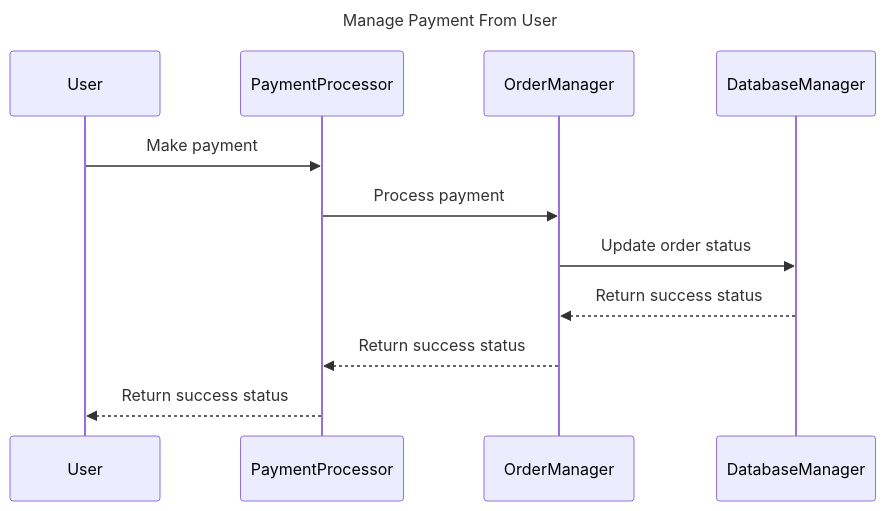
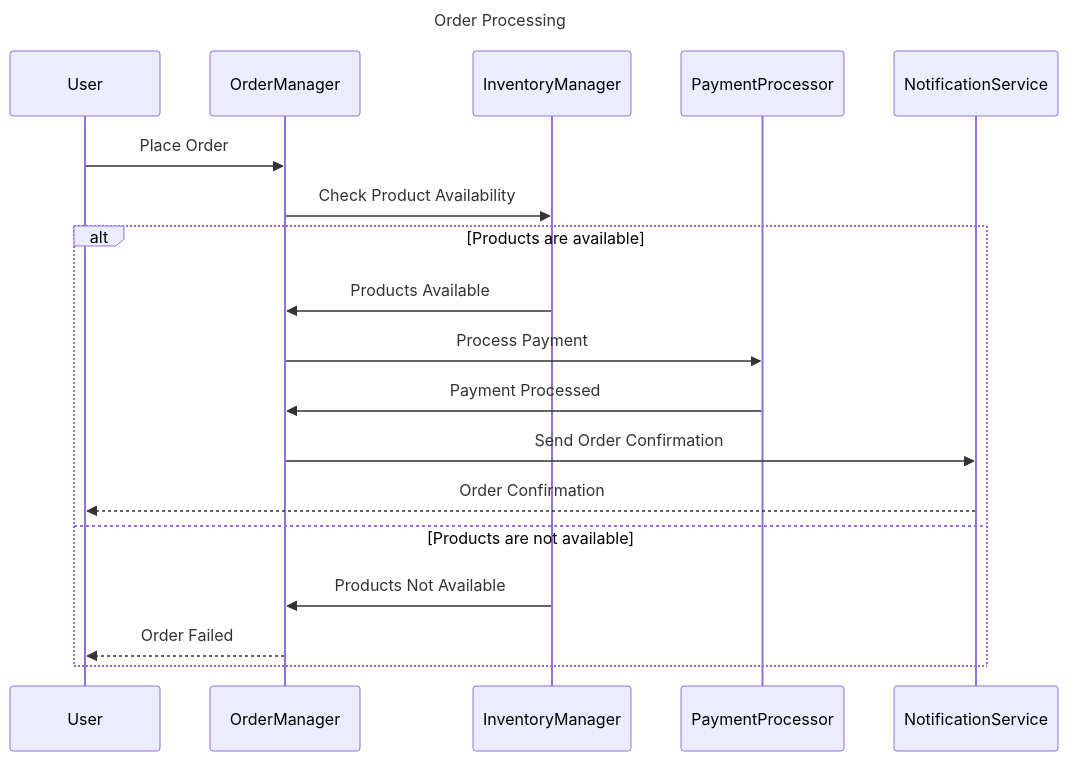
Before and after one commit to RichardHightower/docgen: the second of 10 diagrams in src/main/templates/methods/example.md, drawn with Mermaid. The commit also changed other lines of this file and 14 other files, not shown here.

````diff
--- a/src/main/templates/methods/example.md
+++ b/src/main/templates/methods/example.md
@@ -93,17 +136,26 @@
 ```mermaid
 ---
-title: Manage Payment From User
+title: Order Processing
 ---
 sequenceDiagram
+
+
     participant User
+    participant OrderManager
+    participant InventoryManager
     participant PaymentProcessor
-    participant OrderManager
-    participant DatabaseManager
-    
-    User->>PaymentProcessor: Make payment
-    PaymentProcessor->>OrderManager: Process payment
-    OrderManager->>DatabaseManager: Update order status
-    DatabaseManager-->>OrderManager: Return success status
-    OrderManager-->>PaymentProcessor: Return success status
-    PaymentProcessor-->>User: Return success status
+    participant NotificationService
+
+    User->>OrderManager: Place Order
+    OrderManager->>InventoryManager: Check Product Availability
+    alt Products are available
+        InventoryManager->>OrderManager: Products Available
+        OrderManager->>PaymentProcessor: Process Payment
+        PaymentProcessor->>OrderManager: Payment Processed
+        OrderManager->>NotificationService: Send Order Confirmation
+        NotificationService-->>User: Order Confirmation
+    else Products are not available
+        InventoryManager->>OrderManager: Products Not Available
+        OrderManager-->>User: Order Failed
+    end
 ```
````
